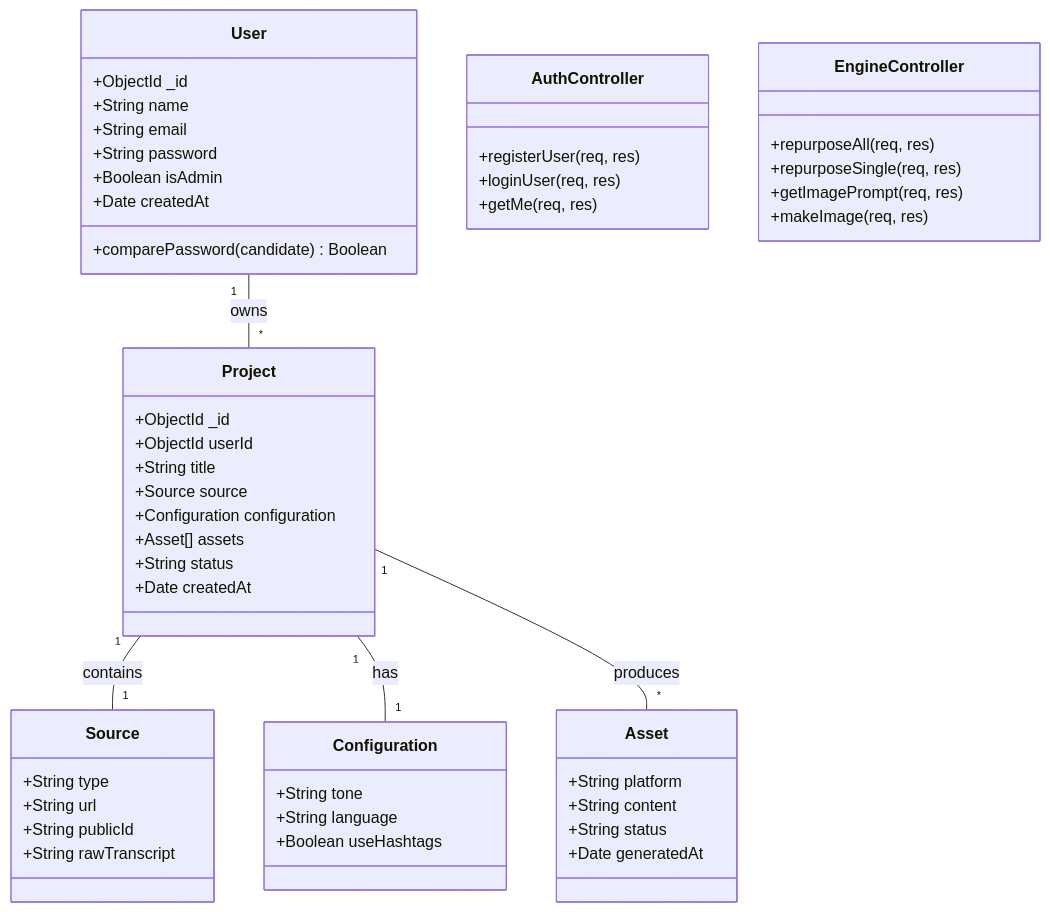
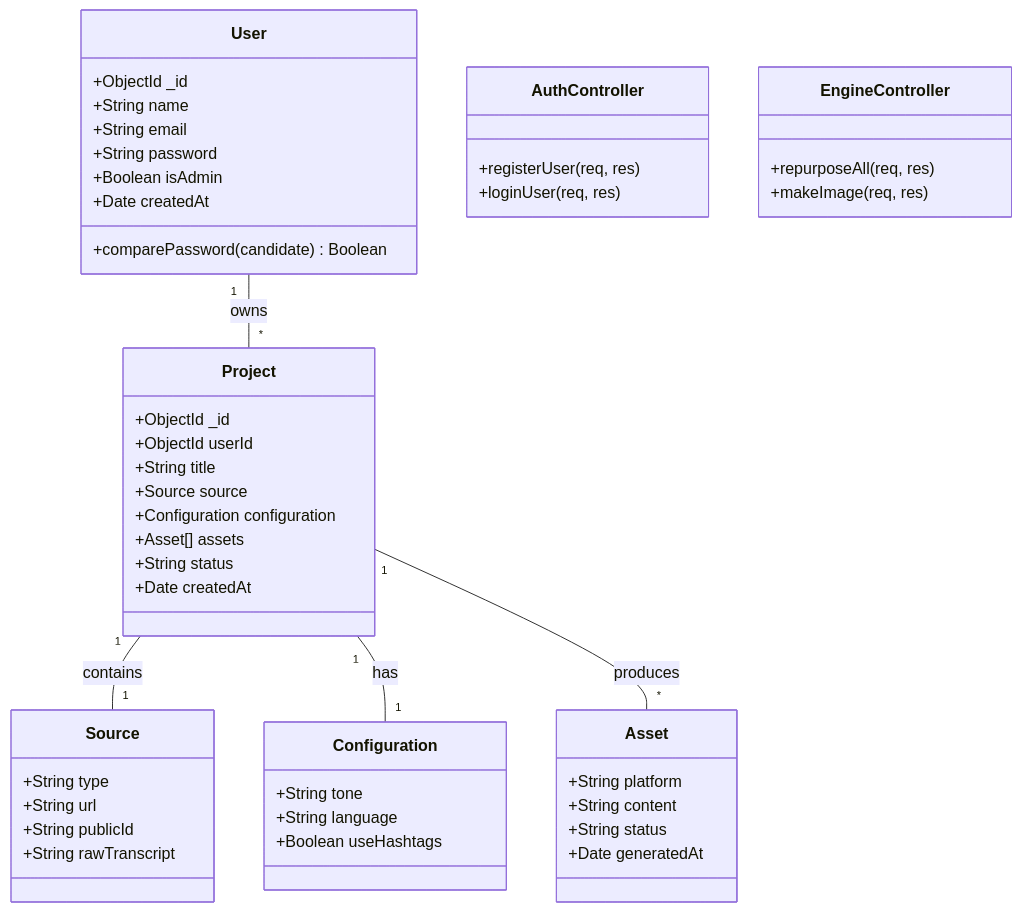
One commit to naresh-rn/echoly changed the first of 20 diagrams in ALL_DIAGRAMS.md. Above: the diagram before and after it, drawn with Mermaid. The commit also changed other lines of this file and 1 other file, not shown here.

Commit message:
docs: repair diagram rendering and finalize comprehensive architecture dossier

````diff
--- a/ALL_DIAGRAMS.md
+++ b/ALL_DIAGRAMS.md
@@ -12,61 +12,58 @@
 ```mermaid
 classDiagram
     class User {
         +ObjectId _id
         +String name
         +String email
         +String password
         +Boolean isAdmin
         +Date createdAt
         +comparePassword(candidate) Boolean
     }
 
     class Project {
         +ObjectId _id
         +ObjectId userId
         +String title
         +Source source
         +Configuration configuration
         +Asset[] assets
         +String status
         +Date createdAt
     }
 
     class Source {
         +String type
         +String url
         +String publicId
         +String rawTranscript
     }
 
     class Configuration {
         +String tone
         +String language
         +Boolean useHashtags
     }
 
     class Asset {
         +String platform
         +String content
         +String status
         +Date generatedAt
     }
 
     class AuthController {
         +registerUser(req, res)
         +loginUser(req, res)
-        +getMe(req, res)
     }
 
     class EngineController {
         +repurposeAll(req, res)
-        +repurposeSingle(req, res)
-        +getImagePrompt(req, res)
         +makeImage(req, res)
     }
 
     Project "1" -- "1" Source : contains
     Project "1" -- "1" Configuration : has
     Project "1" -- "*" Asset : produces
     User "1" -- "*" Project : owns
 ```
````
